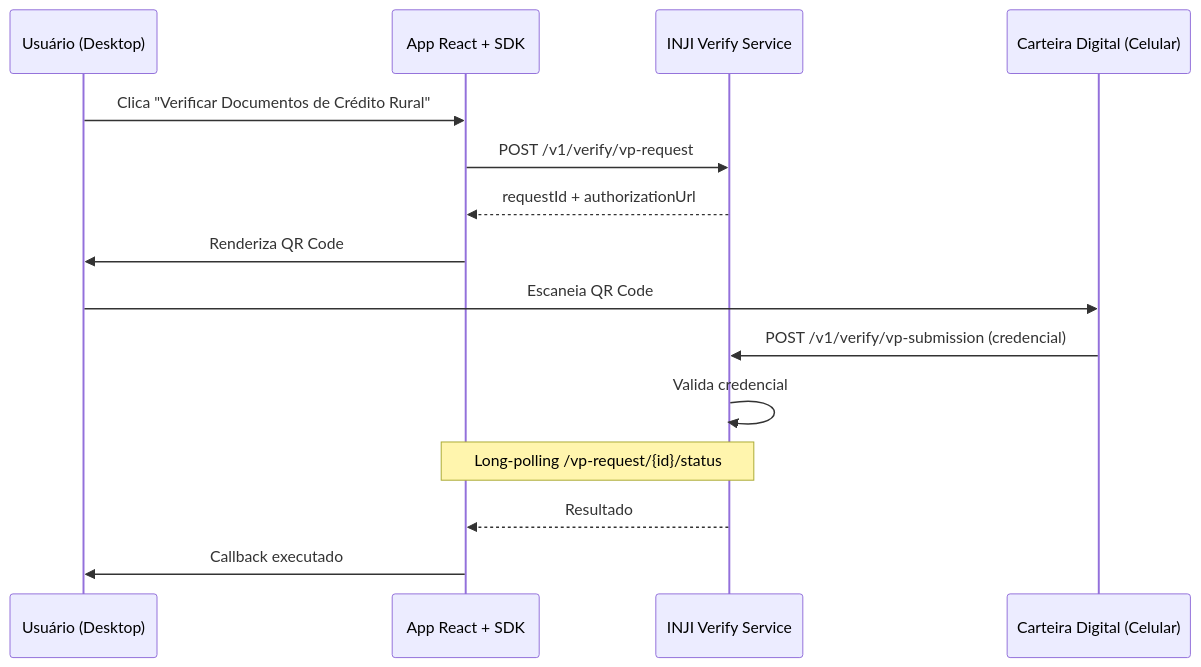
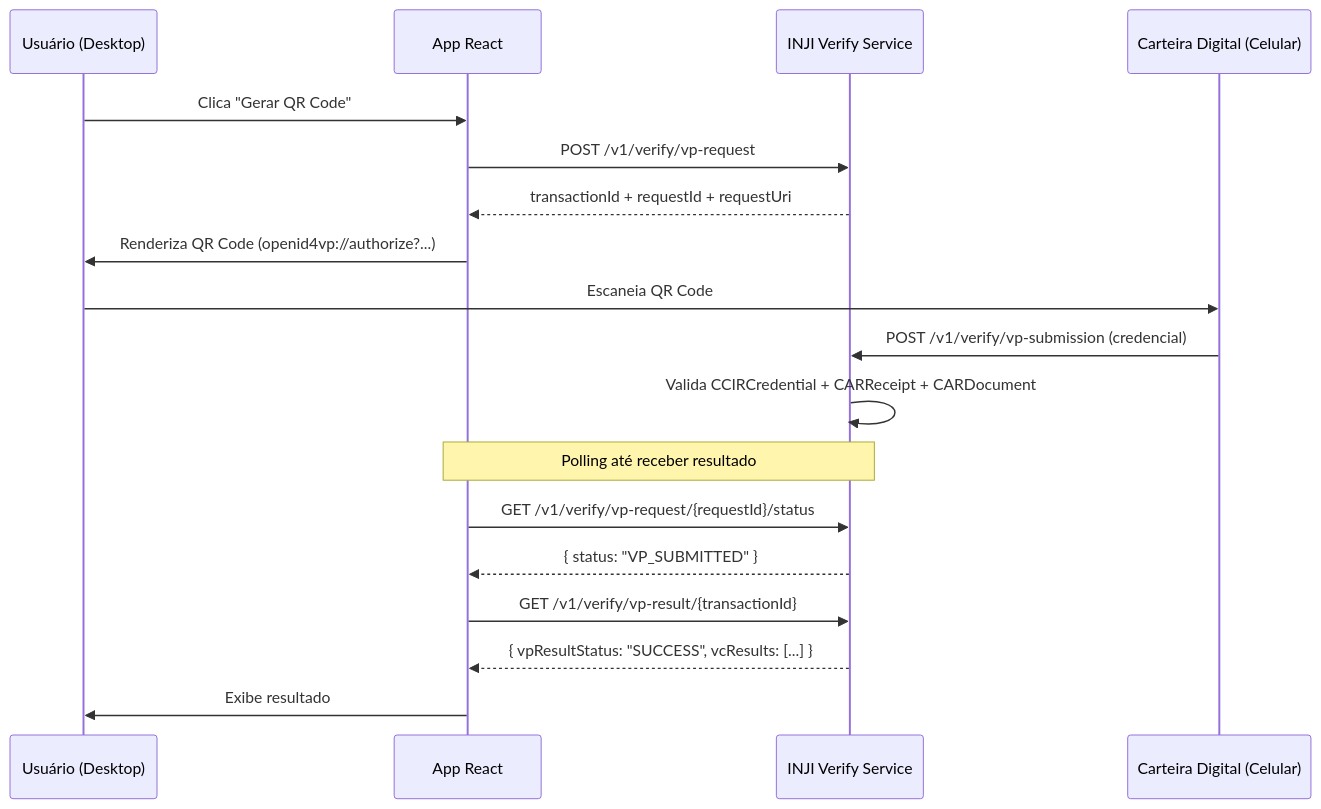
Before and after one commit to infraestrutura-digital/verifica-docs-rural_dev: the diagram in integra-web.qmd, drawn with Mermaid. The commit also changed other lines of this file and 28 other files, not shown here.

````diff
--- a/integra-web.qmd
+++ b/integra-web.qmd
@@ -11,18 +11,21 @@
 ```{mermaid}
 sequenceDiagram
     participant U as Usuário (Desktop)
-    participant SDK as App React + SDK
+    participant App as App React
     participant VS as INJI Verify Service
     participant W as Carteira Digital (Celular)
 
-    U->>SDK: Clica "Verificar Documentos de Crédito Rural"
-    SDK->>VS: POST /v1/verify/vp-request
-    VS-->>SDK: requestId + authorizationUrl
-    SDK->>U: Renderiza QR Code
+    U->>App: Clica "Gerar QR Code"
+    App->>VS: POST /v1/verify/vp-request
+    VS-->>App: transactionId + requestId + requestUri
+    App->>U: Renderiza QR Code (openid4vp://authorize?...)
     U->>W: Escaneia QR Code
     W->>VS: POST /v1/verify/vp-submission (credencial)
-    VS->>VS: Valida credencial
-    Note over SDK,VS: Long-polling /vp-request/{id}/status
-    VS-->>SDK: Resultado
-    SDK->>U: Callback executado
+    VS->>VS: Valida CCIRCredential + CARReceipt + CARDocument
+    Note over App,VS: Polling até receber resultado
+    App->>VS: GET /v1/verify/vp-request/{requestId}/status
+    VS-->>App: { status: "VP_SUBMITTED" }
+    App->>VS: GET /v1/verify/vp-result/{transactionId}
+    VS-->>App: { vpResultStatus: "SUCCESS", vcResults: [...] }
+    App->>U: Exibe resultado
 ```
````
